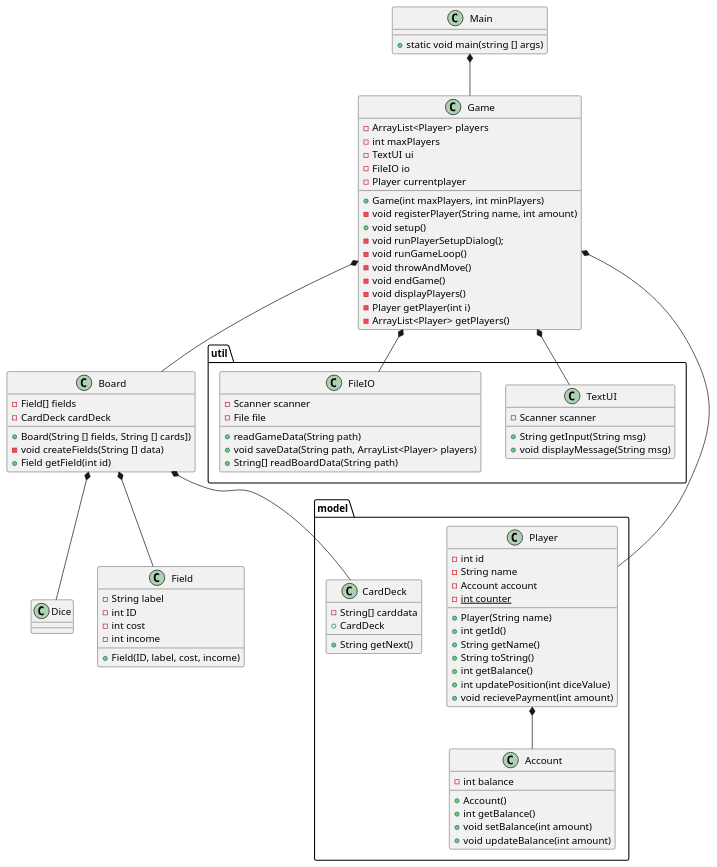
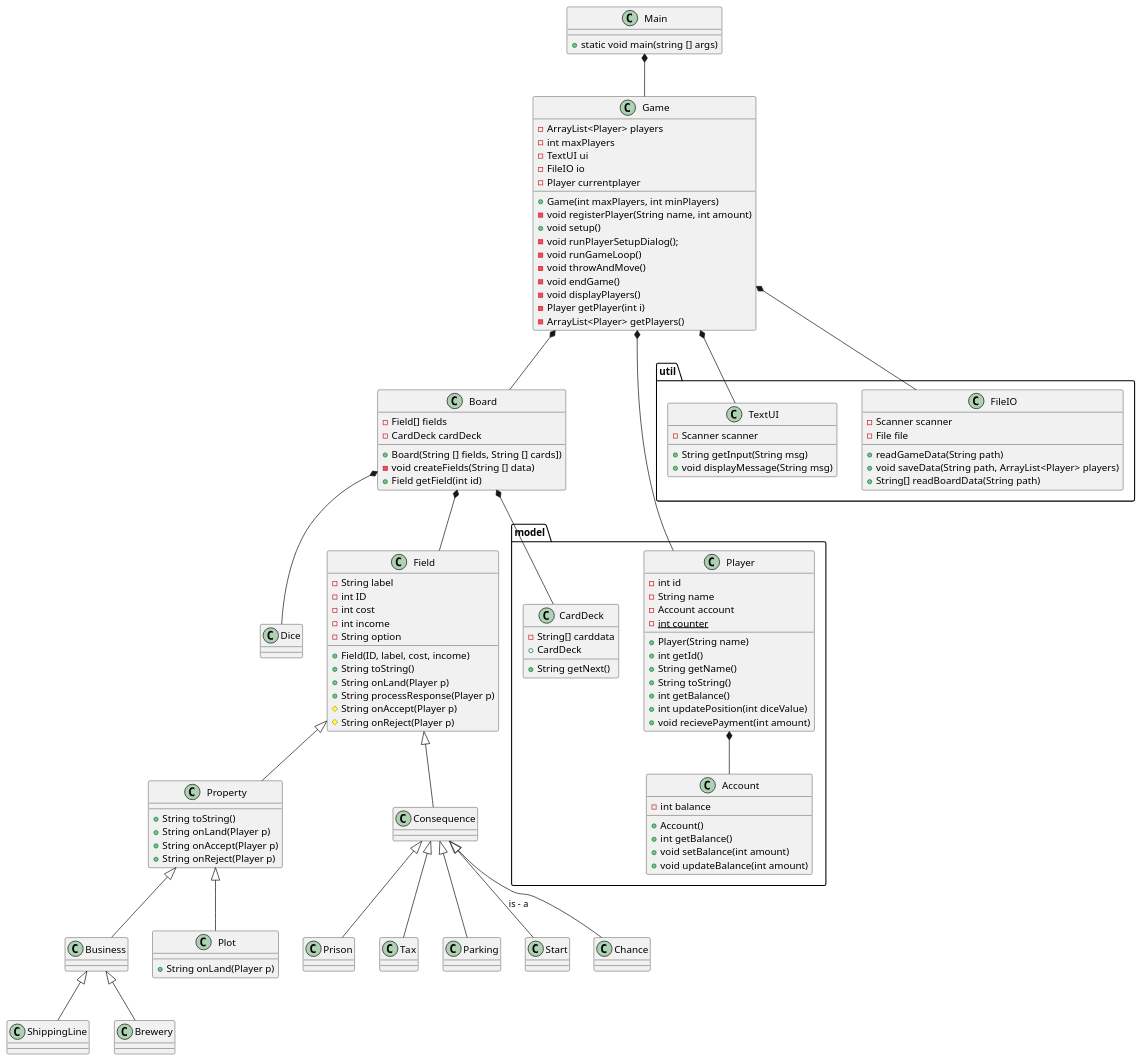
Before and after one commit to babanoelk/Monopoly: the diagram in doc/classdiagram.puml, drawn with PlantUML.

Commit message:
TeamDavid_UC3 classdiagram murge

```diff
--- a/doc/classdiagram.puml
+++ b/doc/classdiagram.puml
@@ -1,93 +1,133 @@
 @startuml
 'https://plantuml.com/class-diagram
 
 class Main
 class Game
 
 package "util"{
 class TextUI
 class FileIO
 }
 package "model"{
 class Player
 class Account
 class CardDeck
 }
 class Dice
 class Board
 class Field
+class Property {
+    + String toString()
+    + String onLand(Player p)
+    + String onAccept(Player p)
+    + String onReject(Player p)
+}
+class Consequence
+class Business
+class Plot {
+    + String onLand(Player p)
+}
+class Prison
+class Tax
+class Parking
+class Start
+class Chance
+class ShippingLine
+class Brewery
+
+
 
 Main *-- Game
 Game *-- TextUI
 Game *-- FileIO
 Game *-- Player
 Player *-- Account
 Game *--Board
 Board *-- Dice
 Board *-- Field
 Board *-- CardDeck
+Field <|-- Property
+Field <|-- Consequence
+Property <|-- Business
+Property <|-- Plot
+Business <|-- ShippingLine
+Business <|-- Brewery
+Consequence <|-- Prison
+Consequence <|-- Tax
+Consequence <|-- Parking
+Consequence <|-- Start : is - a
+Consequence <|-- Chance
+
+
 Main : + static void main(string [] args)
 
 
 Player : -int id
 Player  : -String name
 Player  : -Account account
 Player  : -{static} int counter
 Player  : +Player(String name)
 Player  : +int getId()
 Player  : +String getName()
 Player  : +String toString()
 Player  : +int getBalance()
 Player  : +int updatePosition(int diceValue)
 Player  : +void recievePayment(int amount)
 
 
 Account : - int balance
 Account : + Account()
 Account : + int getBalance()
 Account : + void setBalance(int amount)
 Account : + void updateBalance(int amount)
 
 Game : - ArrayList<Player> players
 Game : - int maxPlayers
 Game : - TextUI ui
 Game : - FileIO io
 Game : - Player currentplayer
 Game : + Game(int maxPlayers, int minPlayers)
 Game : - void registerPlayer(String name, int amount)
 Game : + void setup()
 Game : - void runPlayerSetupDialog();
 Game : - void runGameLoop()
 Game : - void throwAndMove()
 Game : - void endGame()
 Game : - void displayPlayers()
 Game : - Player getPlayer(int i)
 Game : - ArrayList<Player> getPlayers()
 
 TextUI : + String getInput(String msg)
 TextUI : - Scanner scanner
 TextUI : + void displayMessage(String msg)
 
 FileIO : - Scanner scanner
 FileIO : - File file
 FileIO : + readGameData(String path)
 FileIO : + void saveData(String path, ArrayList<Player> players)
 FileIO : + String[] readBoardData(String path)
 
-Field : + Field(ID, label, cost, income)
 Field : - String label
 Field : - int ID
 Field : - int cost
 Field : - int income
+Field : - String option
+Field : + Field(ID, label, cost, income)
+Field : + String toString()
+Field : + String onLand(Player p)
+Field : + String processResponse(Player p)
+Field : # String onAccept(Player p)
+Field : # String onReject(Player p)
+
 
 Board : - Field[] fields
 Board : - CardDeck cardDeck
 Board : + Board(String [] fields, String [] cards])
 Board : - void createFields(String [] data)
 Board : + Field getField(int id)
 
 CardDeck : - String[] carddata
 CardDeck : + CardDeck
 CardDeck : + String getNext()
 
 @enduml
```
